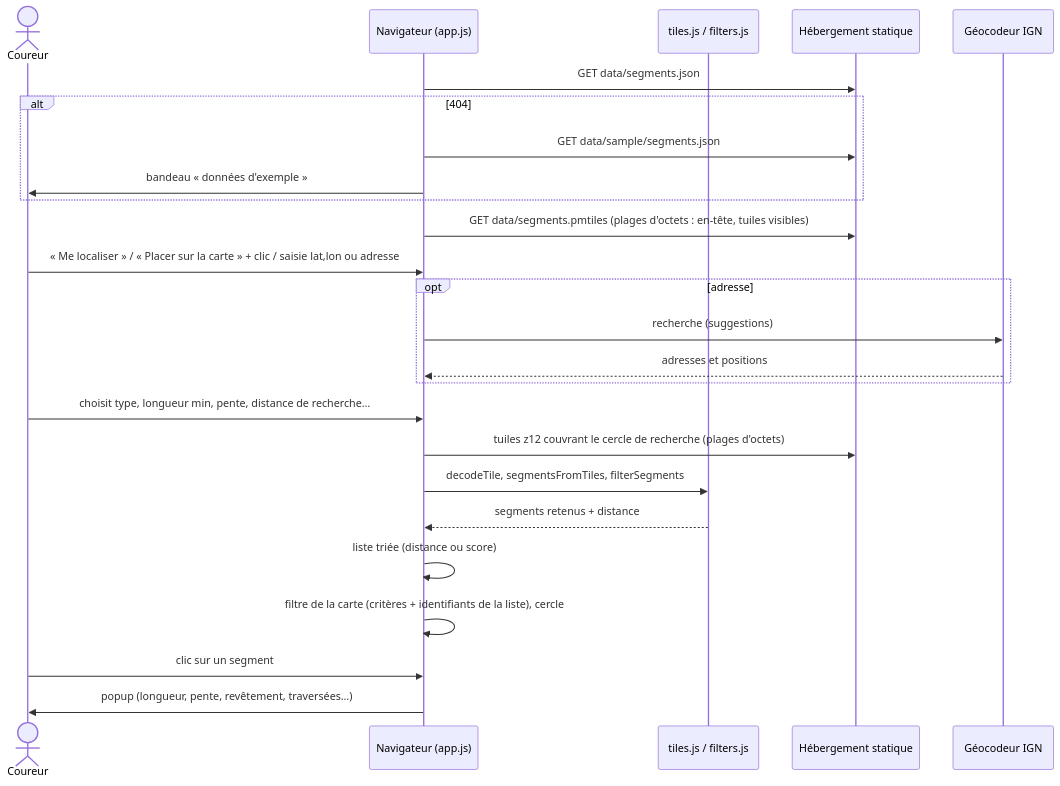
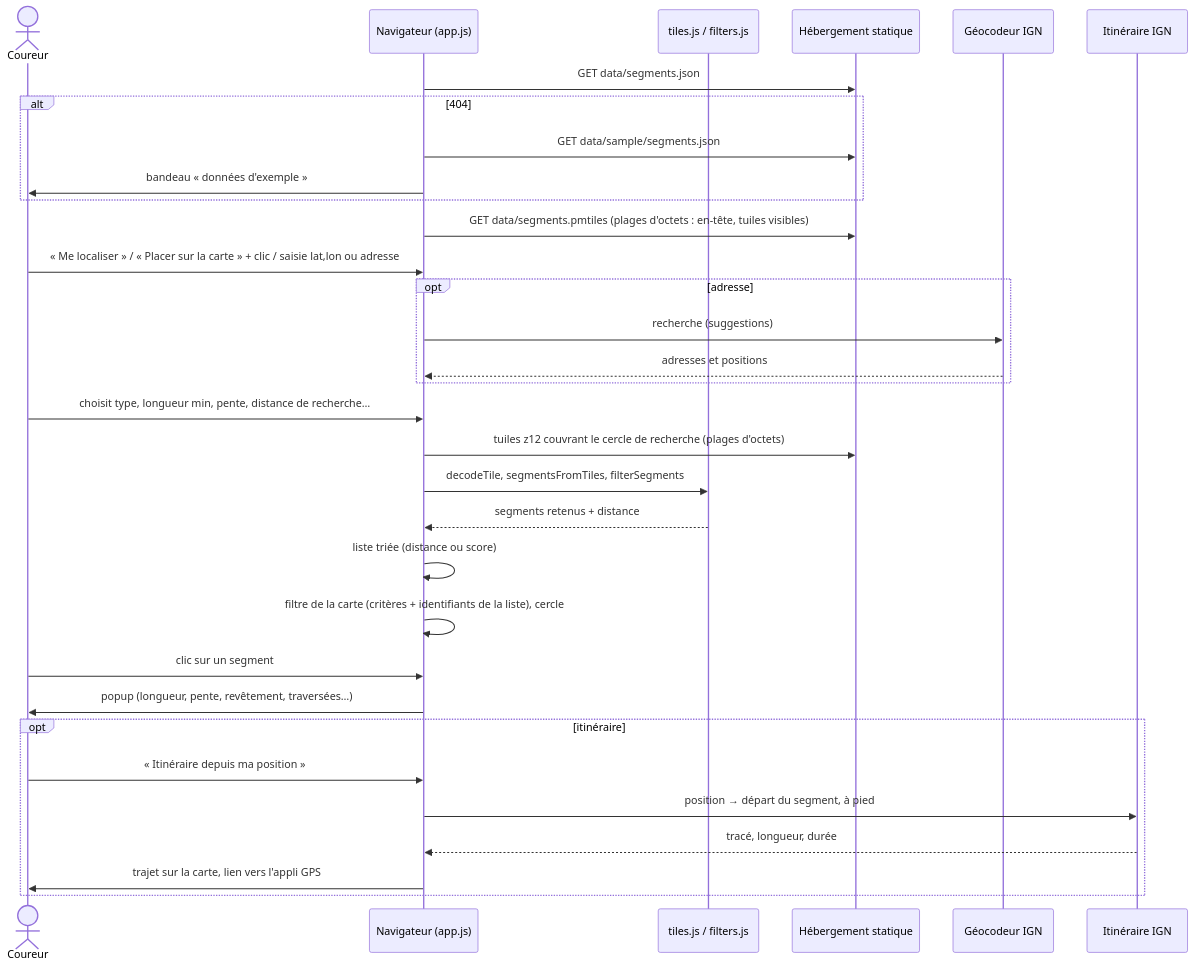
Before and after one commit to jsilobre/spot-fractionne: the second of 4 diagrams in docs/architecture.md, drawn with Mermaid. The commit also changed other lines of this file and 11 other files, not shown here.

First line of the commit message:
Walking route from the position to the start of the selected segment

````diff
--- a/docs/architecture.md
+++ b/docs/architecture.md
@@ -274,28 +280,35 @@
 ```mermaid
 sequenceDiagram
     actor U as Coureur
     participant B as Navigateur (app.js)
     participant T as tiles.js / filters.js
     participant S as Hébergement statique
     participant G as Géocodeur IGN
+    participant I as Itinéraire IGN
 
     B->>S: GET data/segments.json
     alt 404
         B->>S: GET data/sample/segments.json
         B->>U: bandeau « données d'exemple »
     end
     B->>S: GET data/segments.pmtiles (plages d'octets : en-tête, tuiles visibles)
     U->>B: « Me localiser » / « Placer sur la carte » + clic / saisie lat,lon ou adresse
     opt adresse
         B->>G: recherche (suggestions)
         G-->>B: adresses et positions
     end
     U->>B: choisit type, longueur min, pente, distance de recherche…
     B->>S: tuiles z12 couvrant le cercle de recherche (plages d'octets)
     B->>T: decodeTile, segmentsFromTiles, filterSegments
     T-->>B: segments retenus + distance
     B->>B: liste triée (distance ou score)
     B->>B: filtre de la carte (critères + identifiants de la liste), cercle
     U->>B: clic sur un segment
     B->>U: popup (longueur, pente, revêtement, traversées…)
+    opt itinéraire
+        U->>B: « Itinéraire depuis ma position »
+        B->>I: position → départ du segment, à pied
+        I-->>B: tracé, longueur, durée
+        B->>U: trajet sur la carte, lien vers l'appli GPS
+    end
 ```
````
